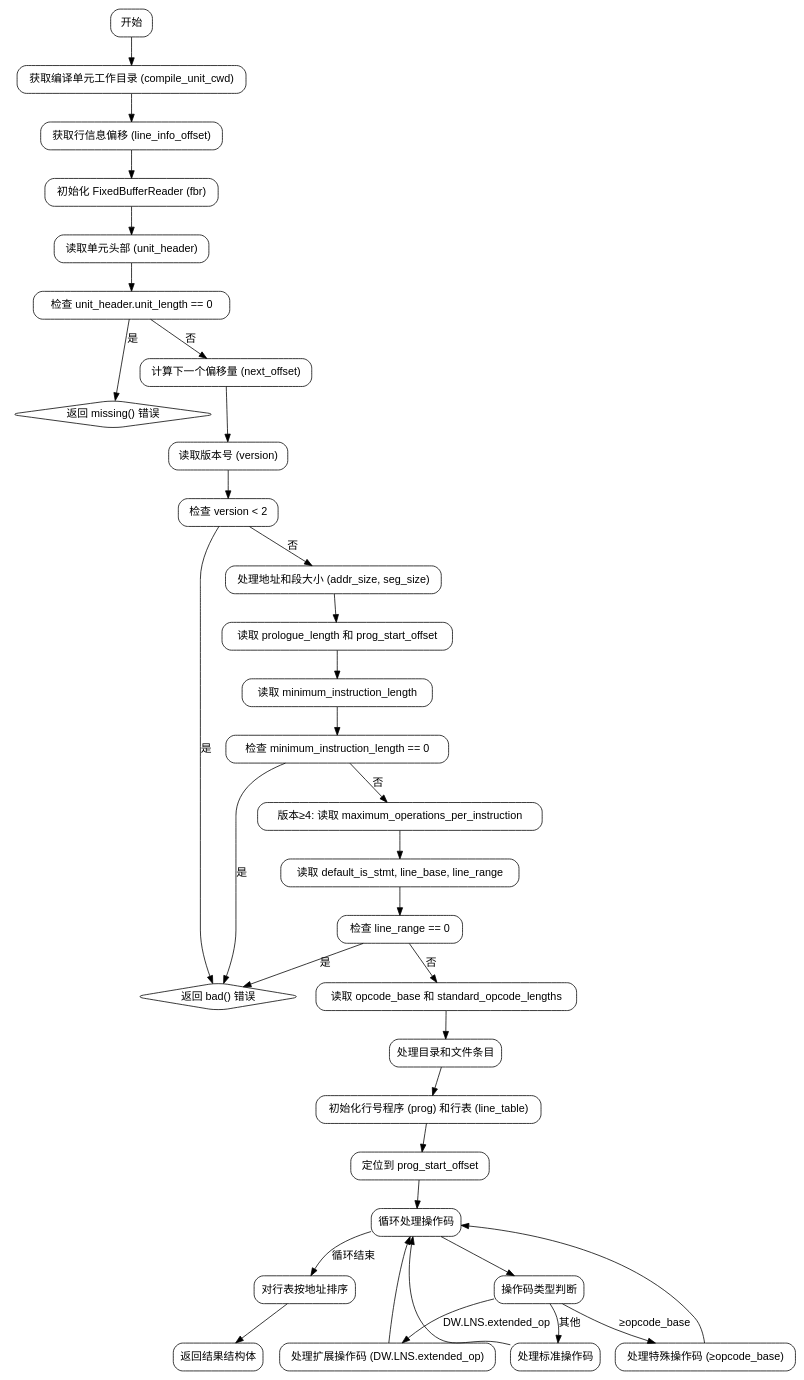
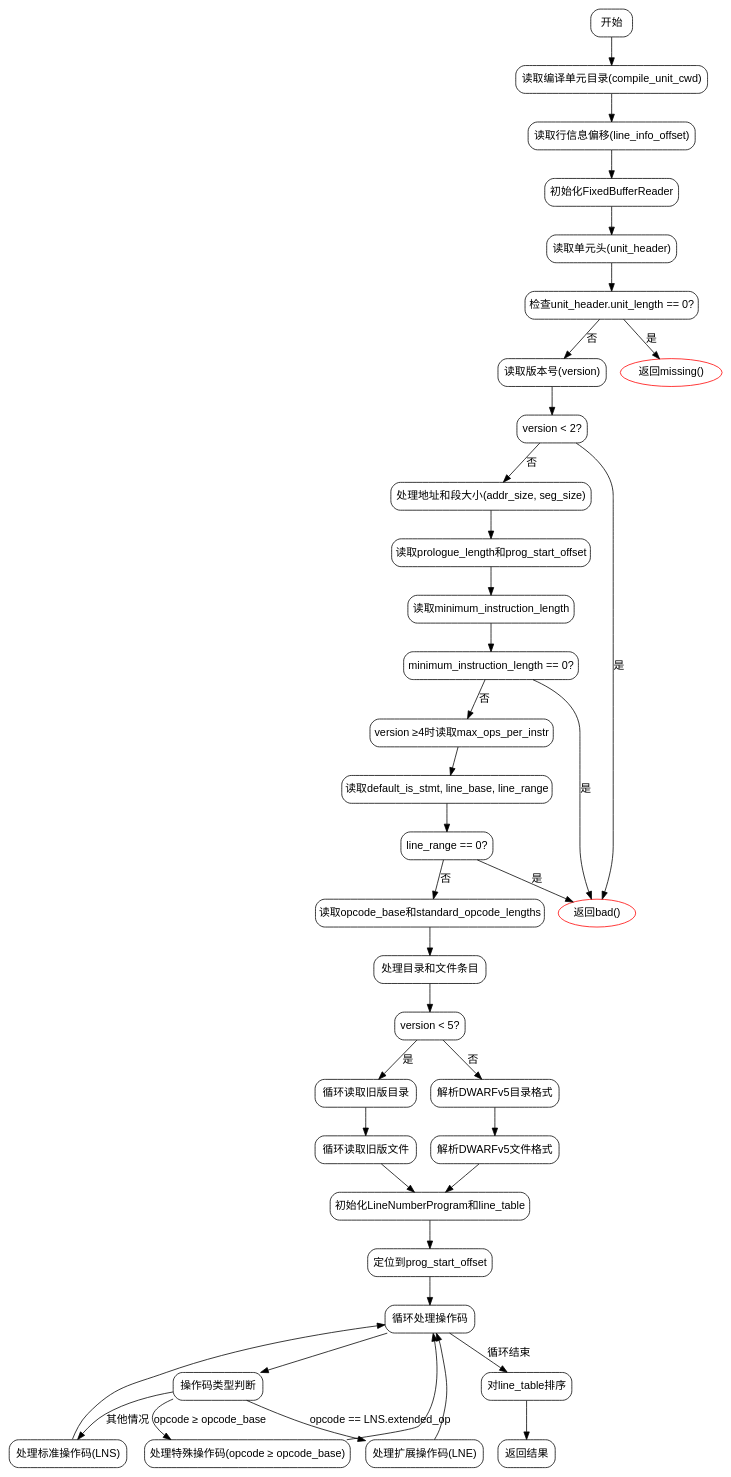
Before and after one commit to sdzx-1/deepseek-zig-reader: the diagram in dot_std/debug/Dwarf.zig.runLineNumberProgram.md, drawn with Graphviz. The commit also changed other lines of this file and 236 other files, not shown here.

````diff
--- a/dot_std/debug/Dwarf.zig.runLineNumberProgram.md
+++ b/dot_std/debug/Dwarf.zig.runLineNumberProgram.md
@@ -21,64 +17,71 @@
 ```dot
 digraph flowchart {
-    node [shape=rectangle, style="rounded", fontname="Helvetica"];
-    edge [fontname="Helvetica"];
+    node [shape=rectangle, style="rounded", fontname="Arial"];
+    edge [fontname="Arial"];
 
     start [label="开始"];
-    init_cwd [label="获取编译单元工作目录 (compile_unit_cwd)"];
-    get_line_offset [label="获取行信息偏移 (line_info_offset)"];
-    init_fbr [label="初始化 FixedBufferReader (fbr)"];
-    read_unit_header [label="读取单元头部 (unit_header)"];
-    check_unit_length [label="检查 unit_header.unit_length == 0"];
-    return_missing [label="返回 missing() 错误", shape=diamond];
-    calc_next_offset [label="计算下一个偏移量 (next_offset)"];
-    read_version [label="读取版本号 (version)"];
-    check_version [label="检查 version < 2"];
-    return_bad [label="返回 bad() 错误", shape=diamond];
-    handle_addr_seg_size [label="处理地址和段大小 (addr_size, seg_size)"];
-    read_prologue [label="读取 prologue_length 和 prog_start_offset"];
-    read_min_inst [label="读取 minimum_instruction_length"];
-    check_min_inst [label="检查 minimum_instruction_length == 0"];
-    handle_version4 [label="版本≥4: 读取 maximum_operations_per_instruction"];
-    read_defaults [label="读取 default_is_stmt, line_base, line_range"];
-    check_line_range [label="检查 line_range == 0"];
-    read_opcode_base [label="读取 opcode_base 和 standard_opcode_lengths"];
-    process_dirs_files [label="处理目录和文件条目"];
-    init_prog [label="初始化行号程序 (prog) 和行表 (line_table)"];
-    seek_prog_start [label="定位到 prog_start_offset"];
+    read_cu_cwd [label="读取编译单元目录(compile_unit_cwd)"];
+    read_line_info_offset [label="读取行信息偏移(line_info_offset)"];
+    init_fbr [label="初始化FixedBufferReader"];
+    read_unit_header [label="读取单元头(unit_header)"];
+    check_unit_length [label="检查unit_header.unit_length == 0?"];
+    read_version [label="读取版本号(version)"];
+    check_version_lt2 [label="version < 2?"];
+    handle_addr_seg_size [label="处理地址和段大小(addr_size, seg_size)"];
+    read_prologue [label="读取prologue_length和prog_start_offset"];
+    read_min_instr_len [label="读取minimum_instruction_length"];
+    check_min_instr_zero [label="minimum_instruction_length == 0?"];
+    read_max_ops [label="version ≥4时读取max_ops_per_instr"];
+    read_defaults [label="读取default_is_stmt, line_base, line_range"];
+    check_line_range_zero [label="line_range == 0?"];
+    read_opcode_base [label="读取opcode_base和standard_opcode_lengths"];
+    handle_directories_files [label="处理目录和文件条目"];
+    version_lt5 [label="version < 5?"];
+    read_legacy_dirs [label="循环读取旧版目录"];
+    read_legacy_files [label="循环读取旧版文件"];
+    read_v5_dirs [label="解析DWARFv5目录格式"];
+    read_v5_files [label="解析DWARFv5文件格式"];
+    init_prog [label="初始化LineNumberProgram和line_table"];
+    seek_prog_start [label="定位到prog_start_offset"];
     process_opcodes [label="循环处理操作码"];
-    check_opcode_type [label="操作码类型判断"];
-    handle_extended_op [label="处理扩展操作码 (DW.LNS.extended_op)"];
-    handle_special_op [label="处理特殊操作码 (≥opcode_base)"];
-    handle_standard_op [label="处理标准操作码"];
-    sort_line_table [label="对行表按地址排序"];
-    return_result [label="返回结果结构体"];
+    opcode_type [label="操作码类型判断"];
+    handle_extended_op [label="处理扩展操作码(LNE)"];
+    handle_special_op [label="处理特殊操作码(opcode ≥ opcode_base)"];
+    handle_standard_op [label="处理标准操作码(LNS)"];
+    sort_line_table [label="对line_table排序"];
+    return_result [label="返回结果"];
+    error_bad [label="返回bad()", shape=oval, color=red];
+    error_missing [label="返回missing()", shape=oval, color=red];
 
-    start -> init_cwd -> get_line_offset -> init_fbr -> read_unit_header;
+    start -> read_cu_cwd -> read_line_info_offset -> init_fbr -> read_unit_header;
     read_unit_header -> check_unit_length;
-    check_unit_length -> return_missing [label="是"];
-    check_unit_length -> calc_next_offset [label="否"];
-    calc_next_offset -> read_version -> check_version;
-    check_version -> return_bad [label="是"];
-    check_version -> handle_addr_seg_size [label="否"];
-    handle_addr_seg_size -> read_prologue -> read_min_inst -> check_min_inst;
-    check_min_inst -> return_bad [label="是"];
-    check_min_inst -> handle_version4 [label="否"];
-    handle_version4 -> read_defaults -> check_line_range;
-    check_line_range -> return_bad [label="是"];
-    check_line_range -> read_opcode_base [label="否"];
-    read_opcode_base -> process_dirs_files -> init_prog -> seek_prog_start -> process_opcodes;
-    process_opcodes -> check_opcode_type;
-    check_opcode_type -> handle_extended_op [label="DW.LNS.extended_op"];
-    check_opcode_type -> handle_special_op [label="≥opcode_base"];
-    check_opcode_type -> handle_standard_op [label="其他"];
+    check_unit_length -> error_missing [label="是"];
+    check_unit_length -> read_version [label="否"];
+    read_version -> check_version_lt2;
+    check_version_lt2 -> error_bad [label="是"];
+    check_version_lt2 -> handle_addr_seg_size [label="否"];
+    handle_addr_seg_size -> read_prologue -> read_min_instr_len -> check_min_instr_zero;
+    check_min_instr_zero -> error_bad [label="是"];
+    check_min_instr_zero -> read_max_ops [label="否"];
+    read_max_ops -> read_defaults -> check_line_range_zero;
+    check_line_range_zero -> error_bad [label="是"];
+    check_line_range_zero -> read_opcode_base [label="否"];
+    read_opcode_base -> handle_directories_files -> version_lt5;
+    version_lt5 -> read_legacy_dirs [label="是"];
+    version_lt5 -> read_v5_dirs [label="否"];
+    read_legacy_dirs -> read_legacy_files;
+    read_v5_dirs -> read_v5_files;
+    read_legacy_files -> init_prog;
+    read_v5_files -> init_prog;
+    init_prog -> seek_prog_start -> process_opcodes;
+    process_opcodes -> opcode_type;
+    opcode_type -> handle_extended_op [label="opcode == LNS.extended_op"];
+    opcode_type -> handle_special_op [label="opcode ≥ opcode_base"];
+    opcode_type -> handle_standard_op [label="其他情况"];
     handle_extended_op -> process_opcodes;
     handle_special_op -> process_opcodes;
     handle_standard_op -> process_opcodes;
     process_opcodes -> sort_line_table [label="循环结束"];
     sort_line_table -> return_result;
-
-    // 错误处理连接
-    return_missing -> return_result [style=invis];
-    return_bad -> return_result [style=invis];
 }
 ```
````
